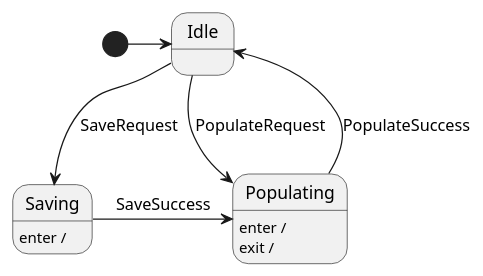
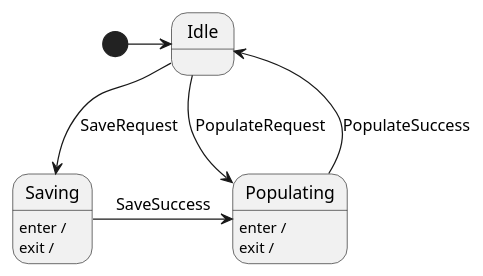
One commit to ArtemPindrus/FinancialTracker changed the diagram in FinancialTracker/StateMachines/FinancesViewModelStateMachine/FinancesViewModelStateMachine.plantuml. Above: the diagram before and after it, drawn with PlantUML. The commit also changed 2 other files, not shown here.

Commit message:
OnSavingExit

```diff
--- a/FinancialTracker/StateMachines/FinancesViewModelStateMachine/FinancesViewModelStateMachine.plantuml
+++ b/FinancialTracker/StateMachines/FinancesViewModelStateMachine/FinancesViewModelStateMachine.plantuml
@@ -1,20 +1,21 @@
 @startuml FinancesViewModelStateMachine
 state Idle
 state Saving {
     Saving: enter / 
+    Saving: exit / 
 }
 state Populating {
     Populating: enter / 
     Populating: exit / 
 }
 
 [*] -> Idle
 
 Idle --> Saving: SaveRequest
 Idle --> Populating: PopulateRequest
 
 Saving -> Populating: SaveSuccess
 
 Populating -> Idle: PopulateSuccess
 
 @enduml
```
